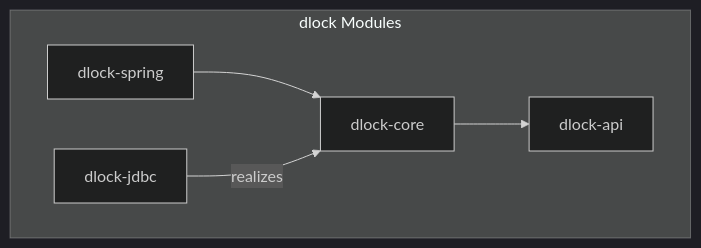
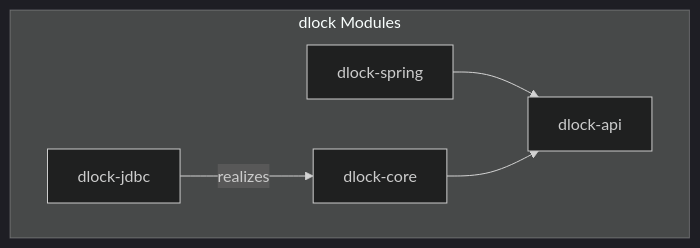
Before and after one commit to pmalirz/dlock: the second of 2 diagrams in README.md, drawn with Mermaid (dark theme). The commit also changed other lines of this file and 15 other files, not shown here.

````diff
--- a/README.md
+++ b/README.md
@@ -202,13 +197,13 @@
 ```mermaid
 graph TD
     subgraph "dlock Modules"
         Spring[dlock-spring]
         JDBC[dlock-jdbc]
         Core[dlock-core]
         API[dlock-api]
     end
 
-    Spring --> Core
+    Spring --> API
     JDBC -- realizes --> Core
     Core --> API
 ```
````
